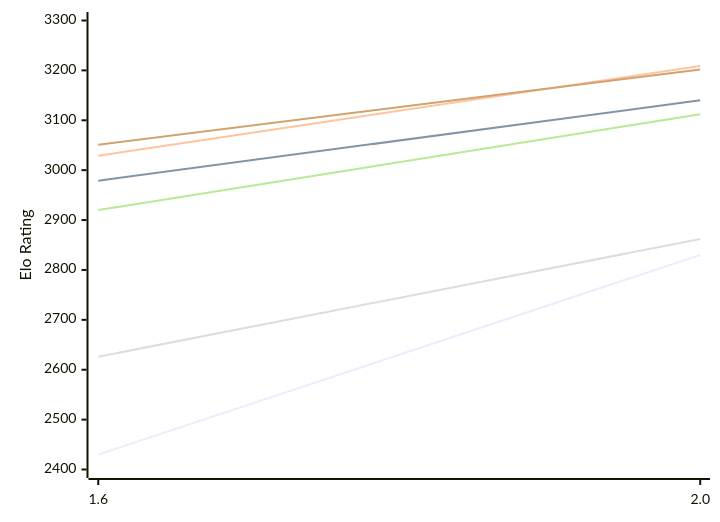
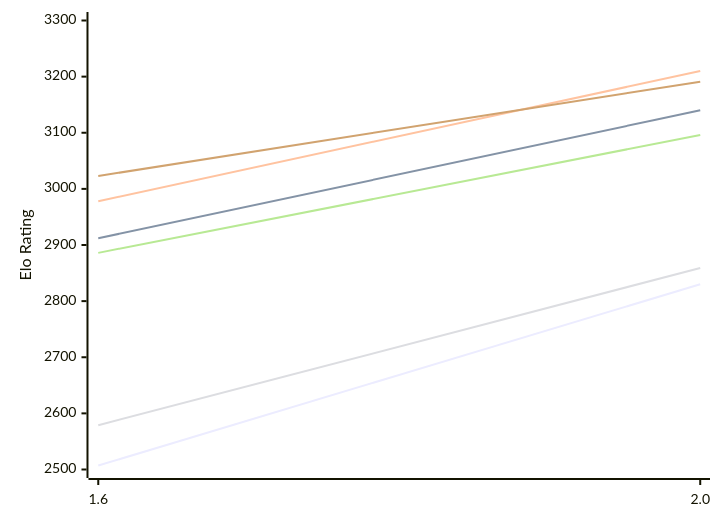
One commit to computer-chess-index/cci changed the first of 2 diagrams in engines/Onyx.md. Above: the diagram before and after it, drawn with Mermaid. The commit also changed other lines of this file, not shown here.

Commit message:
Update CCI Ratings (ELO VLTC) - 2026-11-15

````diff
--- a/engines/Onyx.md
+++ b/engines/Onyx.md
@@ -50,12 +50,12 @@
 ```mermaid
 %%{init: {"theme":"base","themeVariables":{"seriesColors:['#a3a3a3','#222221','#faa371']}}}%%
 xychart-beta
   x-axis ["1.6", "2.0"]
-  y-axis "Elo Rating" 2400 --> 3300
-  line "E1: STC (8.0+0.08s)" [2430, 2830]
-  line "E1: LTC (60.0+0.60s)" [2979, 3140]
-  line "E1: VLTC (2m24s+1.12s)" [3029, 3209]
-  line "P1: STC (8.0+0.08s)" [2626, 2862]
-  line "P1: LTC (60.0+0.60s)" [2920, 3112]
-  line "P1: VLTC (2m24s+1.12s)" [3051, 3202]
+  y-axis "Elo Rating" 2500 --> 3300
+  line "E1: STC (8.0+0.08s)" [2507, 2830]
+  line "E1: LTC (60.0+0.60s)" [2912, 3140]
+  line "E1: VLTC (2m24s+1.12s)" [2978, 3210]
+  line "P1: STC (8.0+0.08s)" [2579, 2859]
+  line "P1: LTC (60.0+0.60s)" [2886, 3096]
+  line "P1: VLTC (2m24s+1.12s)" [3023, 3191]
 ```
````
